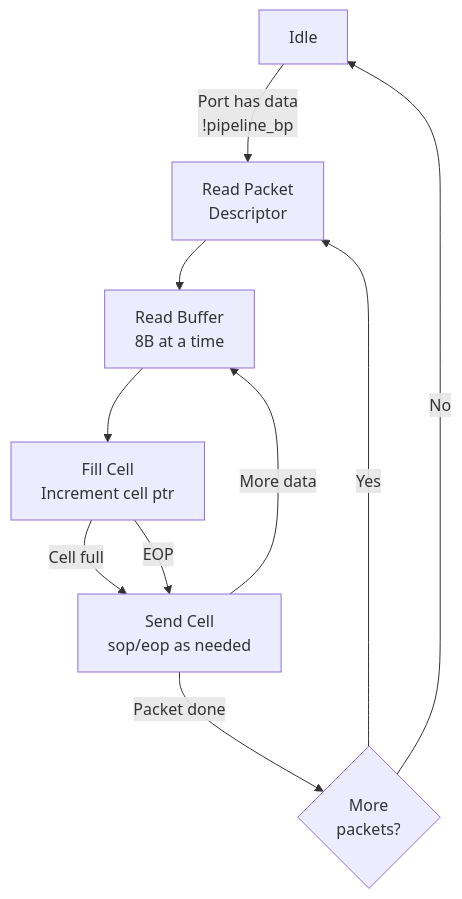
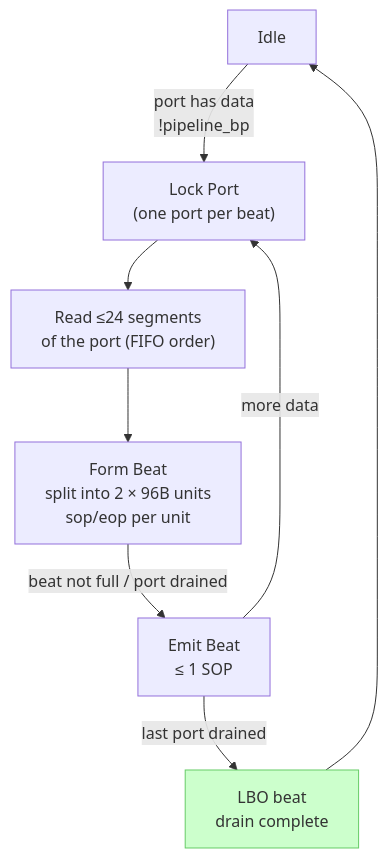
The fifth of 6 diagrams in docs/OSA.md (RuyeeAI/HardwareDesign), drawn with Mermaid before and after one commit. The commit also changed other lines of this file and 21 other files, not shown here.

````diff
--- a/docs/OSA.md
+++ b/docs/OSA.md
@@ -935,12 +1868,12 @@
 ```mermaid
 flowchart TD
-    Idle["Idle"] -->|"Port has data<br/>!pipeline_bp"| RdPktDesc["Read Packet<br/>Descriptor"]
-    RdPktDesc --> RdBuf["Read Buffer<br/>8B at a time"]
-    RdBuf --> FillCell["Fill Cell<br/>Increment cell ptr"]
-    FillCell -->|"Cell full"| SendCell["Send Cell<br/>sop/eop as needed"]
-    SendCell -->|"More data"| RdBuf
-    SendCell -->|"Packet done"| ChkMore{"More<br/>packets?"}
-    ChkMore -->|"Yes"| RdPktDesc
-    ChkMore -->|"No"| Idle
-    FillCell -->|"EOP"| SendCell
+    Idle["Idle"] -->|"port has data<br/>!pipeline_bp"| RdPort["Lock Port<br/>(one port per beat)"]
+    RdPort --> RdBuf["Read ≤24 segments<br/>of the port (FIFO order)"]
+    RdBuf --> Beat["Form Beat<br/>split into 2 × 96B units<br/>sop/eop per unit"]
+    Beat -->|"beat not full / port drained"| Fin["Emit Beat<br/>≤ 1 SOP"]
+    Fin -->|"more data"| RdPort
+    Fin -->|"last port drained"| Lbo["LBO beat<br/>drain complete"]
+    Lbo --> Idle
+
+    style Lbo fill:#cfc,stroke:#6c6
 ```
````
